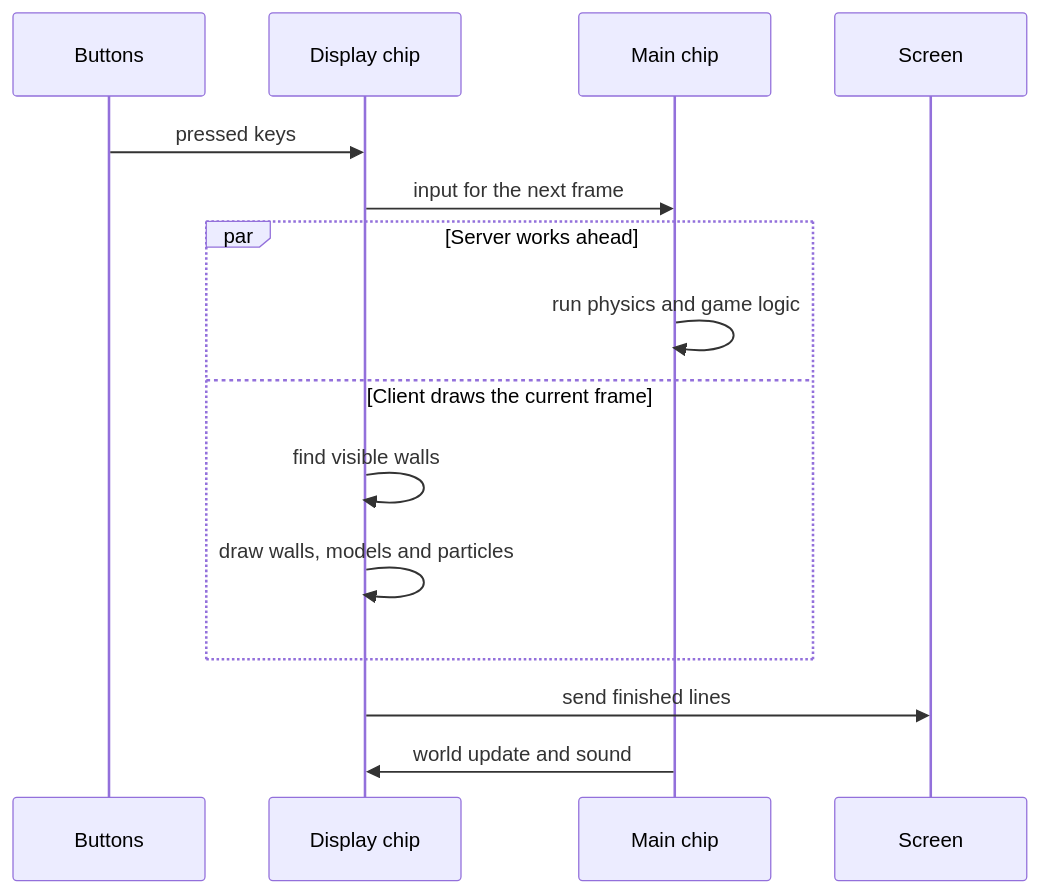
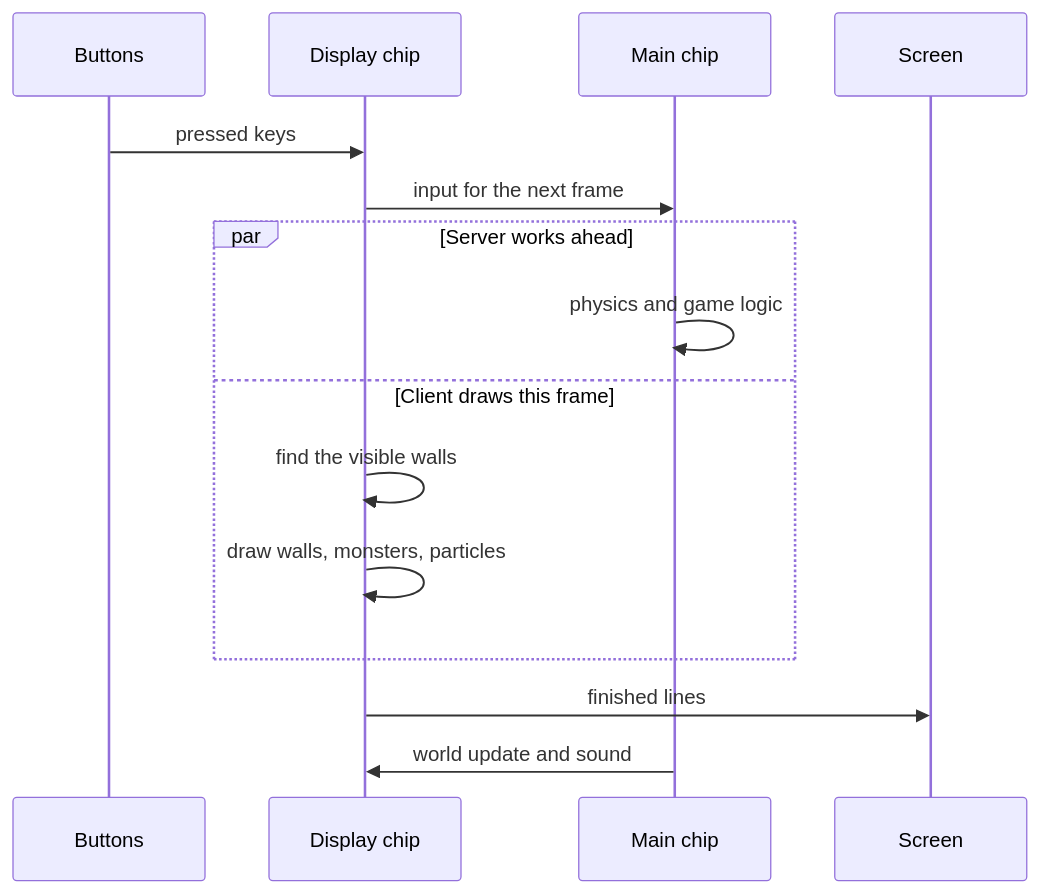
Before and after one commit to Dee-1862/quake-rp2040: the fourth of 5 diagrams in README.md, drawn with Mermaid. The commit also changed other lines of this file and 6 other files, not shown here.

````diff
--- a/README.md
+++ b/README.md
@@ -54,17 +96,17 @@
 ```mermaid
 sequenceDiagram
   participant B as Buttons
   participant D as Display chip
   participant M as Main chip
   participant S as Screen
   B->>D: pressed keys
   D->>M: input for the next frame
   par Server works ahead
-    M->>M: run physics and game logic
-  and Client draws the current frame
-    D->>D: find visible walls
-    D->>D: draw walls, models and particles
+    M->>M: physics and game logic
+  and Client draws this frame
+    D->>D: find the visible walls
+    D->>D: draw walls, monsters, particles
   end
-  D->>S: send finished lines
+  D->>S: finished lines
   M->>D: world update and sound
 ```
````
